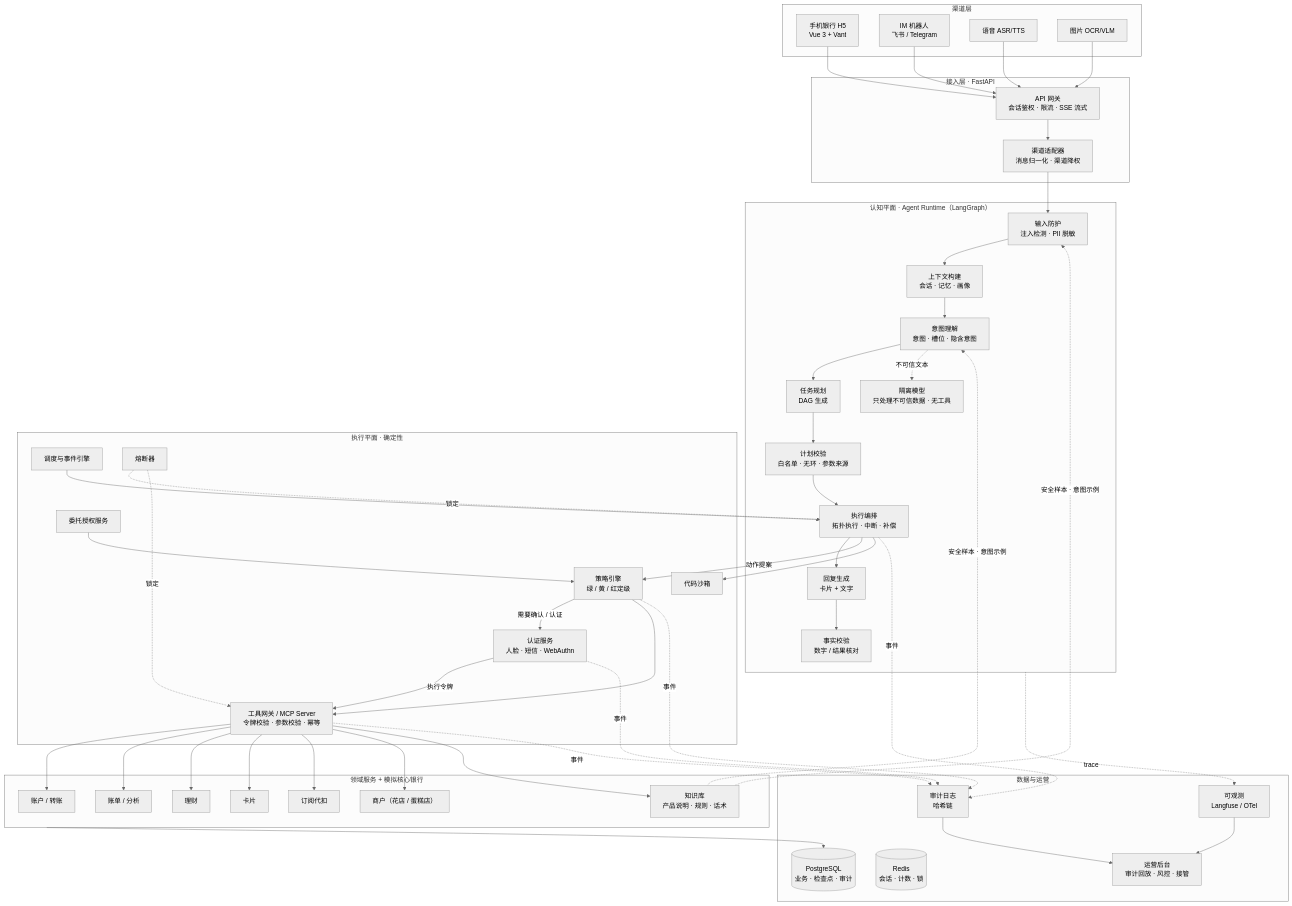
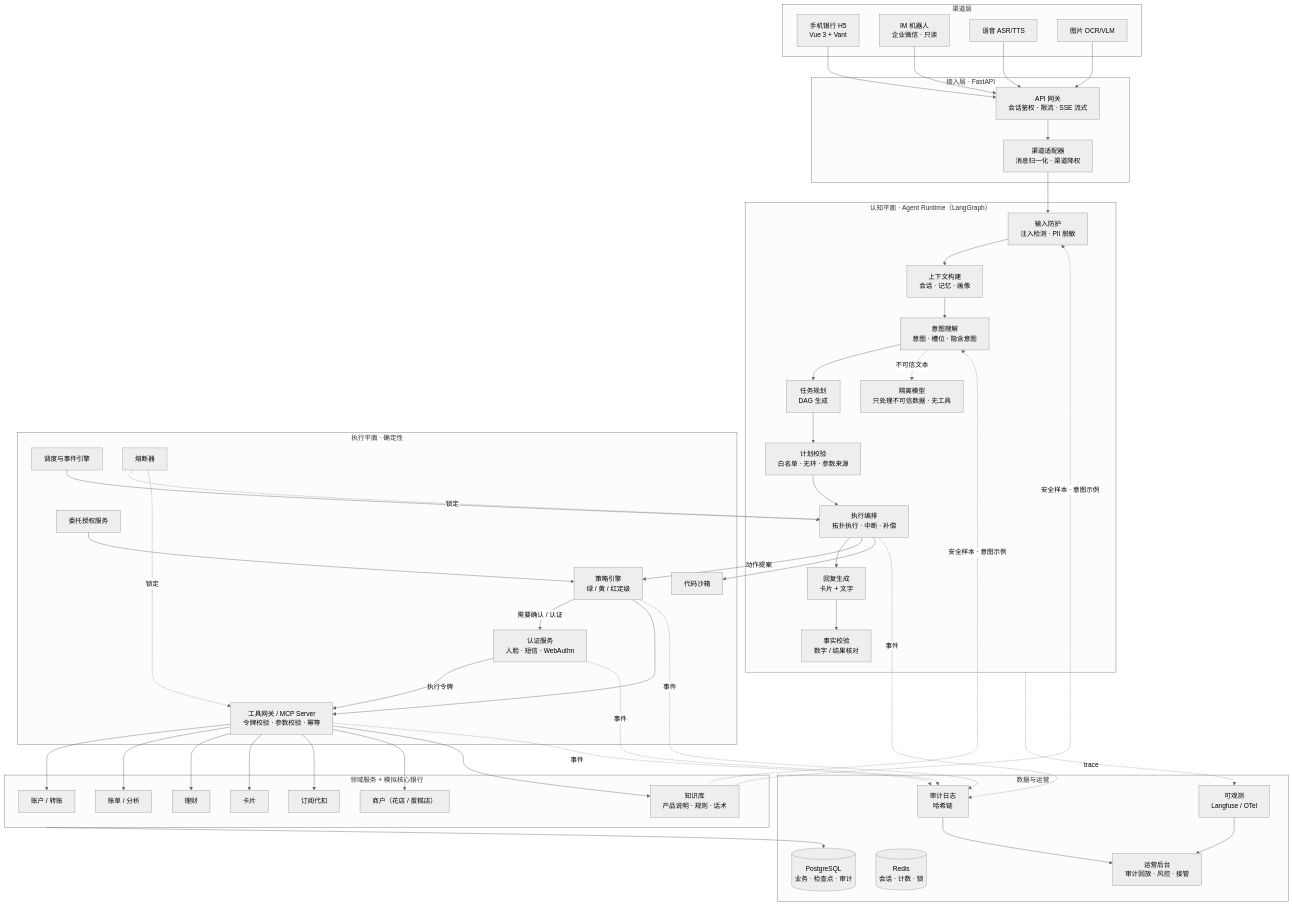
Before and after one commit to SuperWheel/saydo-agent: the first of 9 diagrams in docs/02-产品技术文档.md, drawn with Mermaid (neutral theme). The commit also changed other lines of this file and 12 other files, not shown here.

````diff
--- a/docs/02-产品技术文档.md
+++ b/docs/02-产品技术文档.md
@@ -46,72 +46,72 @@
 ```mermaid
 flowchart TB
     subgraph L1[渠道层]
         W[手机银行 H5<br/>Vue 3 + Vant]
-        IM[IM 机器人<br/>飞书 / Telegram]
+        IM[IM 机器人<br/>企业微信 · 只读]
         V[语音 ASR/TTS]
         IMG[图片 OCR/VLM]
     end
 
     subgraph L2[接入层 · FastAPI]
         GW[API 网关<br/>会话鉴权 · 限流 · SSE 流式]
         CA[渠道适配器<br/>消息归一化 · 渠道降权]
     end
 
     subgraph L3[认知平面 · Agent Runtime（LangGraph）]
         IG[输入防护<br/>注入检测 · PII 脱敏]
         CTX[上下文构建<br/>会话 · 记忆 · 画像]
         NLU[意图理解<br/>意图 · 槽位 · 隐含意图]
         PL[任务规划<br/>DAG 生成]
         PV[计划校验<br/>白名单 · 无环 · 参数来源]
         EX[执行编排<br/>拓扑执行 · 中断 · 补偿]
         RS[回复生成<br/>卡片 + 文字]
         GC[事实校验<br/>数字 / 结果核对]
         QL[隔离模型<br/>只处理不可信数据 · 无工具]
     end
 
     subgraph L4[执行平面 · 确定性]
         PE[策略引擎<br/>绿 / 黄 / 红定级]
         AU[认证服务<br/>人脸 · 短信 · WebAuthn]
         TG[工具网关 / MCP Server<br/>令牌校验 · 参数校验 · 幂等]
         MD[委托授权服务]
         SCH[调度与事件引擎]
         SB[代码沙箱]
         CB[熔断器]
     end
 
     subgraph L5[领域服务 + 模拟核心银行]
         D1[账户 / 转账]
         D2[账单 / 分析]
         D3[理财]
         D4[卡片]
         D5[订阅代扣]
         D6[商户（花店 / 蛋糕店）]
         D7[知识库<br/>产品说明 · 规则 · 话术]
     end
 
     subgraph L6[数据与运营]
         PG[(PostgreSQL<br/>业务 · 检查点 · 审计)]
         RD[(Redis<br/>会话 · 计数 · 锁)]
         AL[审计日志<br/>哈希链]
         OB[可观测<br/>Langfuse / OTel]
         AD[运营后台<br/>审计回放 · 风控 · 接管]
     end
 
     W & IM & V & IMG --> GW --> CA --> IG --> CTX --> NLU --> PL --> PV --> EX
     EX --> RS --> GC
     NLU -.不可信文本.-> QL
     EX -->|动作提案| PE
     PE -->|需要确认 / 认证| AU
     PE --> TG
     AU -->|执行令牌| TG
     MD --> PE
     SCH --> EX
     EX --> SB
     CB -.锁定.-> EX & TG
     TG --> D1 & D2 & D3 & D4 & D5 & D6 & D7
     D7 -.安全样本 · 意图示例.-> IG & NLU
     L5 --> PG
     EX & PE & AU & TG -.事件.-> AL
     L3 -.trace.-> OB
     AL & OB --> AD
 ```
````
